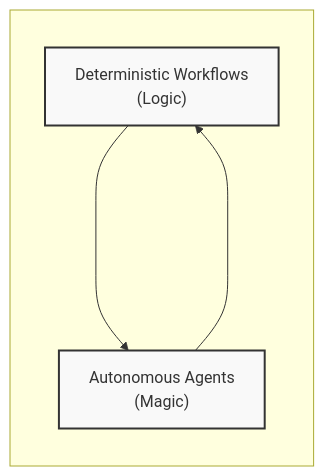
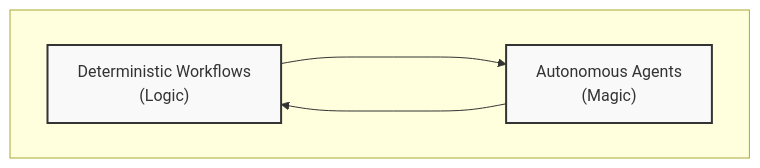
Before and after one commit to bitsky-tech/bridgic: the diagram in README.md, drawn with Mermaid. The commit also changed other lines of this file, not shown here.

````diff
--- a/README.md
+++ b/README.md
@@ -18,13 +18,13 @@
 ```mermaid
-graph LR
+graph
     subgraph " "
         A["Deterministic Workflows<br/>(Logic)"]
         B["Autonomous Agents<br/>(Magic)"]
     end
     
     A ----> B
     B ----> A
     
     style A fill:#f9f9f9,stroke:#333,stroke-width:2px
     style B fill:#f9f9f9,stroke:#333,stroke-width:2px
 ```
````
